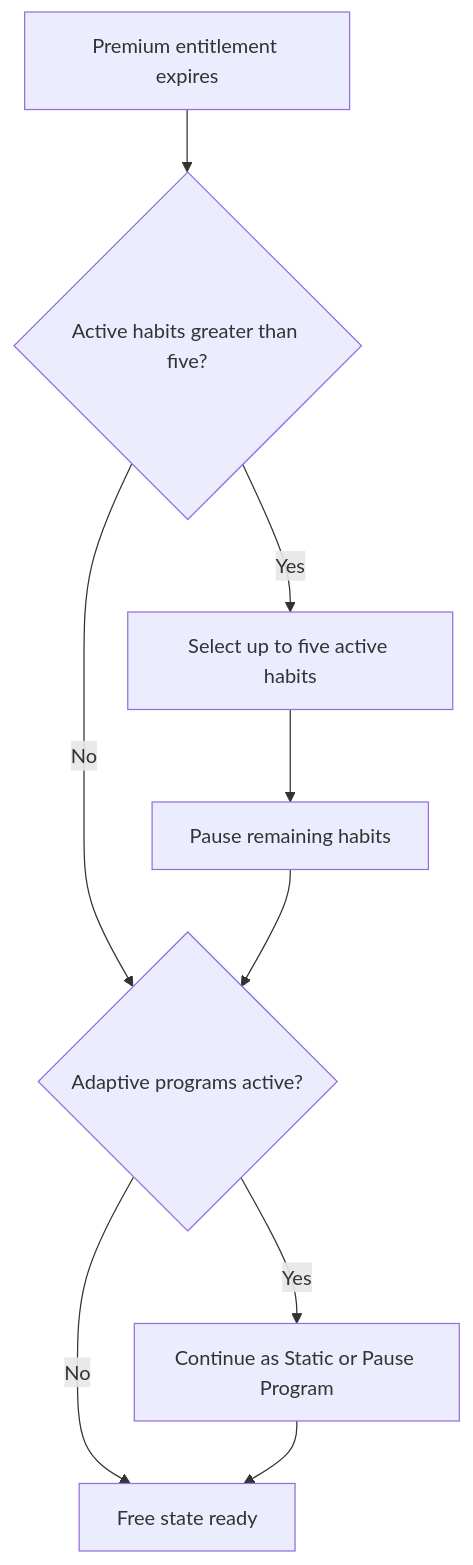
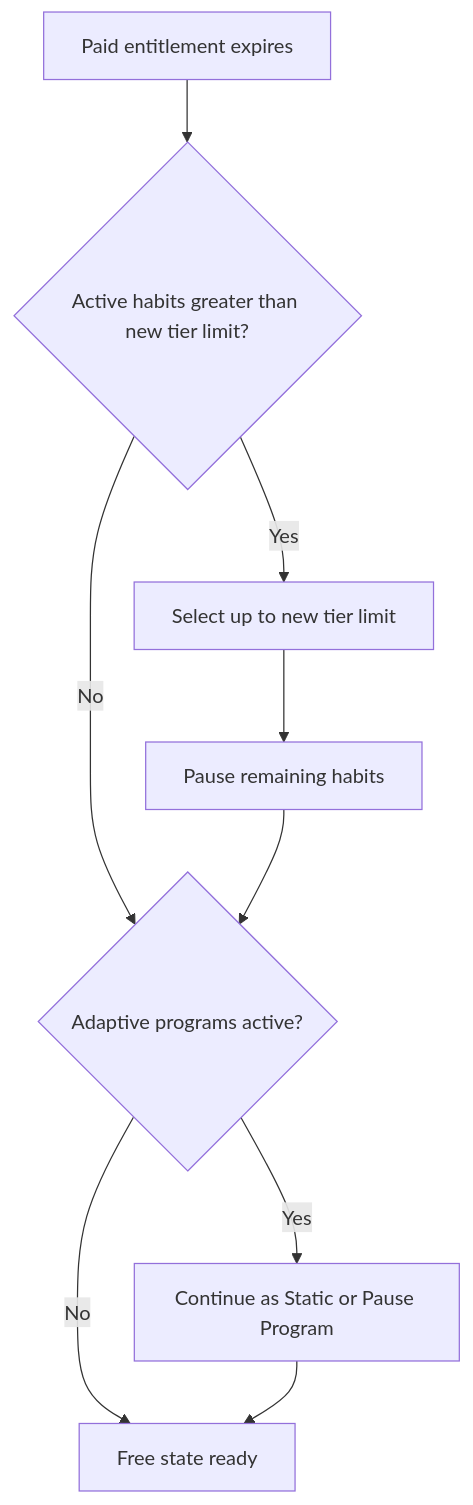
Before and after one commit to farzah14/recovery-first: diagram 17 of 19 in docs/specs/UX-FLOWS.md, drawn with Mermaid. The commit also changed other lines of this file and 9 other files, not shown here.

````diff
--- a/docs/specs/UX-FLOWS.md
+++ b/docs/specs/UX-FLOWS.md
@@ -1745,11 +1738,11 @@
 ```mermaid
 flowchart TD
-    Expire[Premium entitlement expires] --> Count{Active habits greater than five?}
+    Expire[Paid entitlement expires] --> Count{Active habits greater than new tier limit?}
     Count -- No --> Programs{Adaptive programs active?}
-    Count -- Yes --> Select[Select up to five active habits]
+    Count -- Yes --> Select[Select up to new tier limit]
     Select --> Pause[Pause remaining habits]
     Pause --> Programs
     Programs -- Yes --> Decide[Continue as Static or Pause Program]
     Programs -- No --> Complete[Free state ready]
     Decide --> Complete
 ```
````
